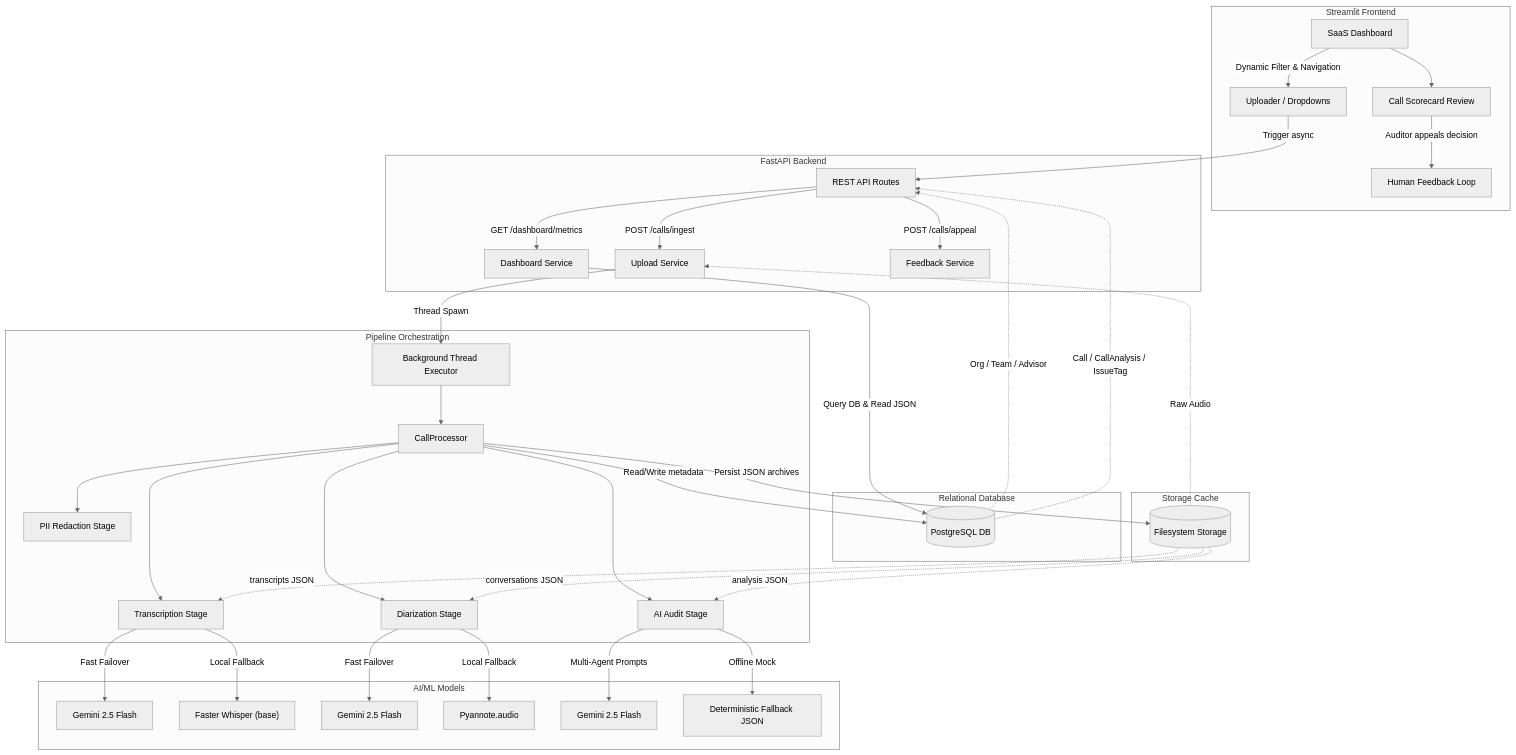
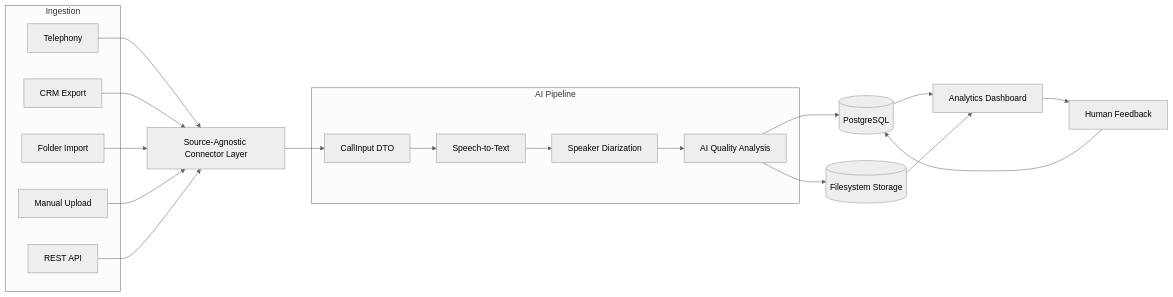
The diagram in README.md (tony-pawan/fitnova-call-intelligence), drawn with Mermaid (neutral theme) before and after one commit. The commit also changed other lines of this file, not shown here.

````diff
--- a/README.md
+++ b/README.md
@@ -46,53 +64,39 @@
 ```mermaid
-graph TD
-    subgraph Streamlit Frontend
-        A[SaaS Dashboard] -->|Dynamic Filter & Navigation| B[Uploader / Dropdowns]
-        A --> C[Call Scorecard Review]
-        C -->|Auditor appeals decision| D[Human Feedback Loop]
-    end
+flowchart LR
 
-    subgraph FastAPI Backend
-        E[REST API Routes] -->|GET /dashboard/metrics| F[Dashboard Service]
-        E -->|POST /calls/ingest| G[Upload Service]
-        E -->|POST /calls/appeal| H[Feedback Service]
-    end
+subgraph Ingestion
+A[Telephony]
+B[CRM Export]
+C[Folder Import]
+D[Manual Upload]
+E[REST API]
+end
 
-    subgraph Relational Database
-        I[(PostgreSQL DB)]
-        I -.->|Org / Team / Advisor| E
-        I -.->|Call / CallAnalysis / IssueTag| E
-    end
+A --> F
+B --> F
+C --> F
+D --> F
+E --> F
 
-    subgraph Pipeline Orchestration
-        J[Background Thread Executor] --> K[CallProcessor]
-        K --> L[Transcription Stage]
-        K --> M[Diarization Stage]
-        K --> N[PII Redaction Stage]
-        K --> O[AI Audit Stage]
-    end
+F[Source-Agnostic Connector Layer]
 
-    subgraph AI/ML Models
-        L -->|Fast Failover| L1["Gemini 2.5 Flash"]
-        L -->|Local Fallback| L2["Faster Whisper (base)"]
-        
-        M -->|Fast Failover| M1["Gemini 2.5 Flash"]
-        M -->|Local Fallback| M2["Pyannote.audio"]
-        
-        O -->|Multi-Agent Prompts| O1["Gemini 2.5 Flash"]
-        O -->|Offline Mock| O2["Deterministic Fallback JSON"]
-    end
+F --> G[CallInput DTO]
 
-    subgraph Storage Cache
-        P[(Filesystem Storage)]
-        P -.->|Raw Audio| G
-        P -.->|transcripts JSON| L
-        P -.->|conversations JSON| M
-        P -.->|analysis JSON| O
-    end
+subgraph AI Pipeline
+G --> H[Speech-to-Text]
+H --> I[Speaker Diarization]
+I --> J[AI Quality Analysis]
+end
 
-    B -->|Trigger async| E
-    G -->|Thread Spawn| J
-    K -->|Read/Write metadata| I
-    K -->|Persist JSON archives| P
-    F -->|Query DB & Read JSON| I
+J --> K[(PostgreSQL)]
+
+J --> L[(Filesystem Storage)]
+
+K --> M[Analytics Dashboard]
+
+L --> M
+
+M --> N[Human Feedback]
+
+N --> K
 ```
````
